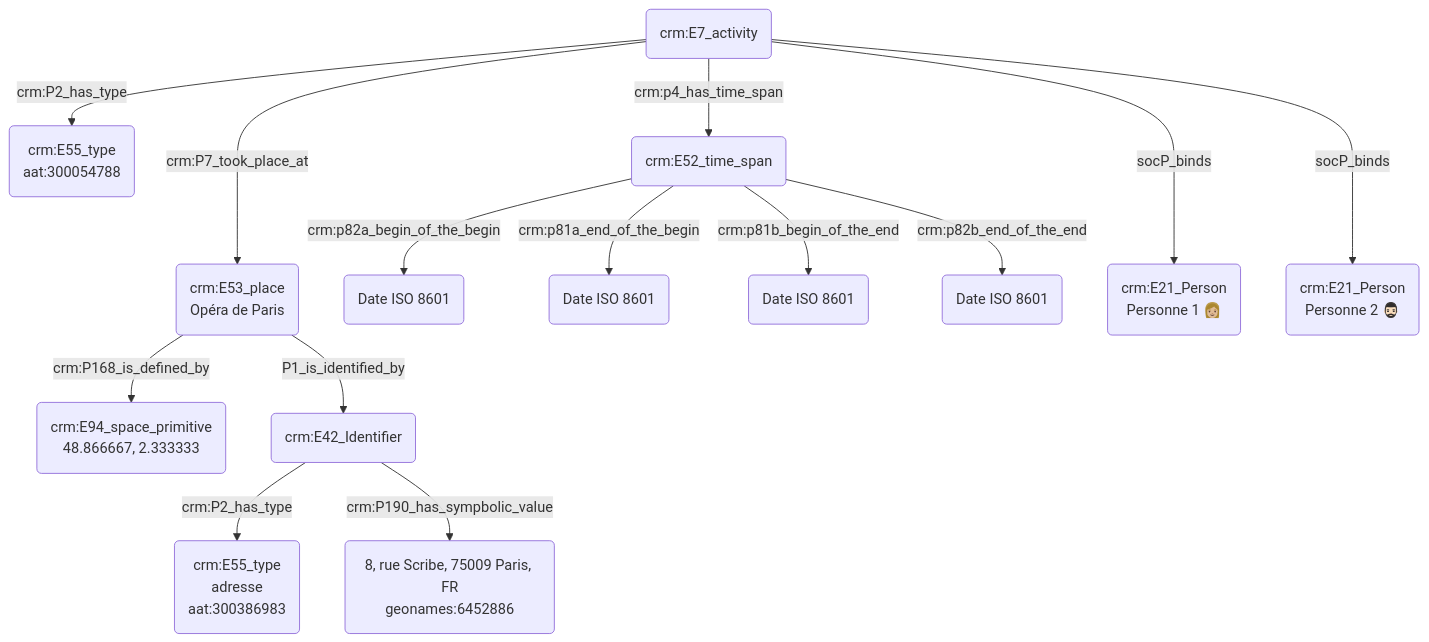
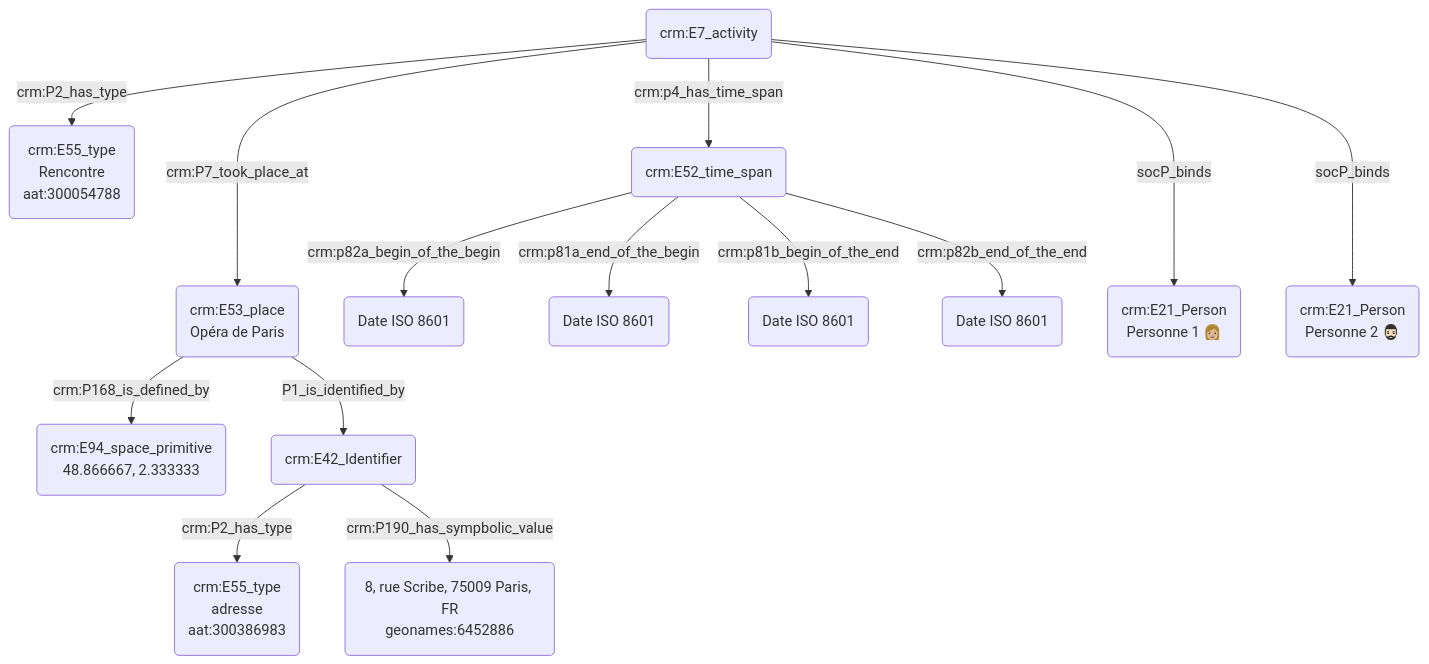
The diagram in modules/livrables/Dossier 2/Prosopographie/rencontre de quelqu'un dans un lieu fréquenté par les deux personnes.md (Amleth/consortium-musica2-gt2-ontologies), drawn with Mermaid before and after one commit.

Commit message:
Update rencontre de quelqu'un dans un lieu fréquenté par les deux personnes.md

````diff
--- a/modules/livrables/Dossier 2/Prosopographie/rencontre de quelqu'un dans un lieu fréquenté par les deux personnes.md
+++ b/modules/livrables/Dossier 2/Prosopographie/rencontre de quelqu'un dans un lieu fréquenté par les deux personnes.md
@@ -11,21 +11,21 @@
 ```mermaid
 graph TD;
 
 K(crm:E7_activity<br>rencontre) --->|crm:P7_took_place_at| M(crm:E53_place<br>Opéra de Paris)
 M(crm:E53_place<br>Opéra de Paris) --> |crm:P168_is_defined_by| N(crm:E94_space_primitive
 48.866667, 2.333333)
 M(crm:E53_place<br>Opéra de Paris) --> |P1_is_identified_by| O(crm:E42_Identifier)
 O(crm:E42_Identifier) --> |crm:P2_has_type| P(crm:E55_type<br>adresse<br>aat:300386983)
 O(crm:E42_Identifier) --> |crm:P190_has_sympbolic_value| Q(8, rue Scribe, 75009 Paris, FR<br>geonames:6452886)
-K(crm:E7_activity<br>recontre) --> |crm:P2_has_type| L(crm:E55_type<br>aat:300054788)
+K(crm:E7_activity<br>recontre) --> |crm:P2_has_type| L(crm:E55_type<br>Rencontre<br>aat:300054788)
  
 K(crm:E7_activity) --> |crm:p4_has_time_span| D(crm:E52_time_span)
 D(crm:E52_time_span) --> |crm:p82a_begin_of_the_begin| E("Date ISO 8601")
 D(crm:E52_time_span) --> |crm:p81a_end_of_the_begin| F("Date ISO 8601")
 D(crm:E52_time_span) --> |crm:p81b_begin_of_the_end|G("Date ISO 8601")
 D(crm:E52_time_span) --> |crm:p82b_end_of_the_end| H("Date ISO 8601")
 
 K(crm:E7_activity) --->|socP_binds| A("crm:E21_Person<br>Personne 1 👩🏼")
 K(crm:E7_activity) --->|socP_binds| J("crm:E21_Person<br>Personne 2 🧔🏻‍♂️")
 
 ```
````
